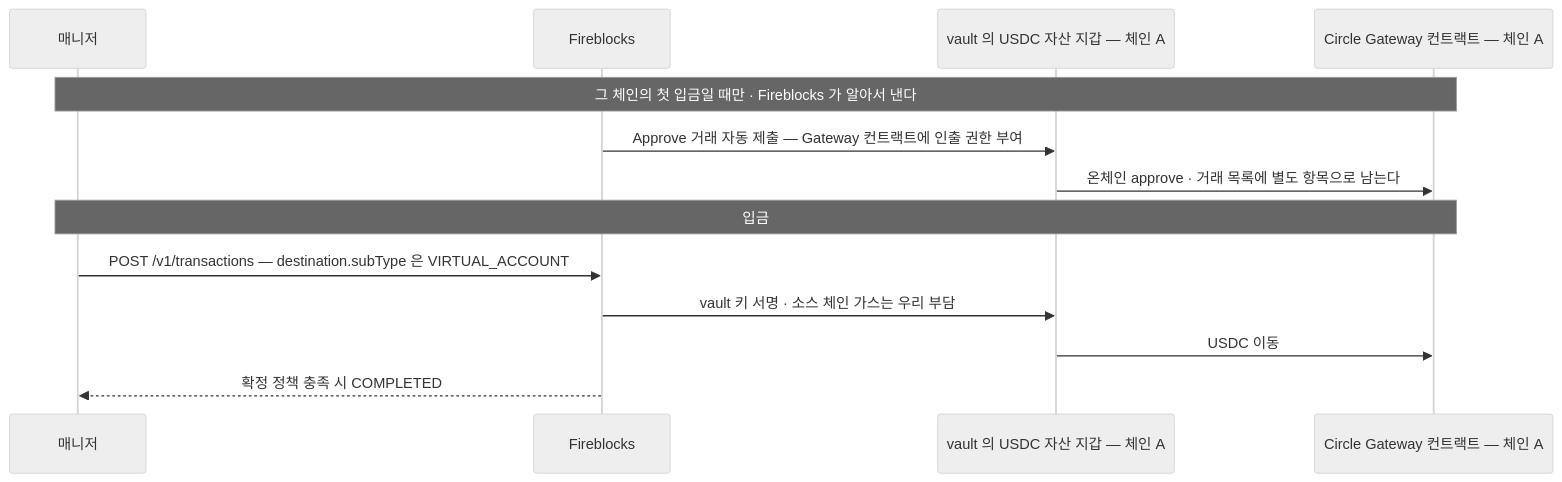
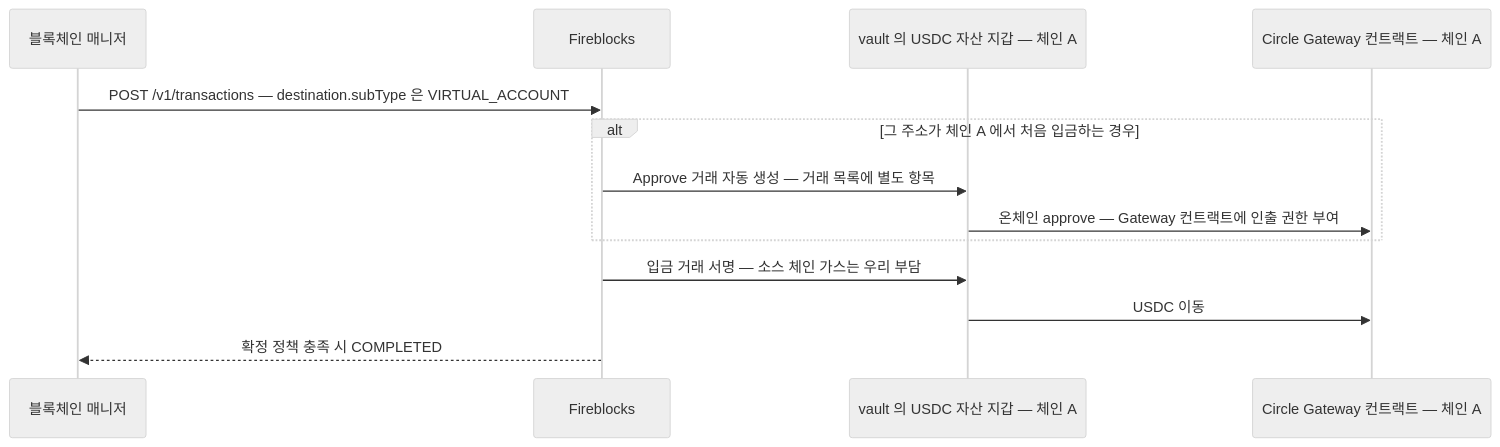
One commit to eunsujeo/eunpus changed the second of 3 diagrams in blockchain-manager/docs/블록체인매니저/브릿지/03-usdc-gateway.md. Above: the diagram before and after it, drawn with Mermaid (neutral theme). The commit also changed other lines of this file, not shown here.

Commit message:
입금 흐름 — 방아쇠를 바로잡고 "첫 입금" 을 정의한다
승인 거래를 방아쇠 없이 맨 앞에 그려 순서가 이상했다. 실제로는 우리가 낸
입금 거래가 방아쇠이고 벤더가 그 앞에 승인 거래를 끼워 넣는다. alt 분기로
그렸다.

"첫 입금" 이 (vault 주소, 체인) 조합마다 한 번이라는 정의를 본문에 명시.

````diff
--- a/blockchain-manager/docs/블록체인매니저/브릿지/03-usdc-gateway.md
+++ b/blockchain-manager/docs/블록체인매니저/브릿지/03-usdc-gateway.md
@@ -56,16 +58,16 @@
 ```mermaid
 sequenceDiagram
-  participant M as 매니저
+  participant M as 블록체인 매니저
   participant F as Fireblocks
   participant V as vault 의 USDC 자산 지갑 — 체인 A
   participant G as Circle Gateway 컨트랙트 — 체인 A
 
-  Note over M,G: 그 체인의 첫 입금일 때만 · Fireblocks 가 알아서 낸다
-  F->>V: Approve 거래 자동 제출 — Gateway 컨트랙트에 인출 권한 부여
-  V->>G: 온체인 approve · 거래 목록에 별도 항목으로 남는다
-  Note over M,G: 입금
   M->>F: POST /v1/transactions — destination.subType 은 VIRTUAL_ACCOUNT
-  F->>V: vault 키 서명 · 소스 체인 가스는 우리 부담
+  alt 그 주소가 체인 A 에서 처음 입금하는 경우
+    F->>V: Approve 거래 자동 생성 — 거래 목록에 별도 항목
+    V->>G: 온체인 approve — Gateway 컨트랙트에 인출 권한 부여
+  end
+  F->>V: 입금 거래 서명 — 소스 체인 가스는 우리 부담
   V->>G: USDC 이동
   F-->>M: 확정 정책 충족 시 COMPLETED
 ```
````
